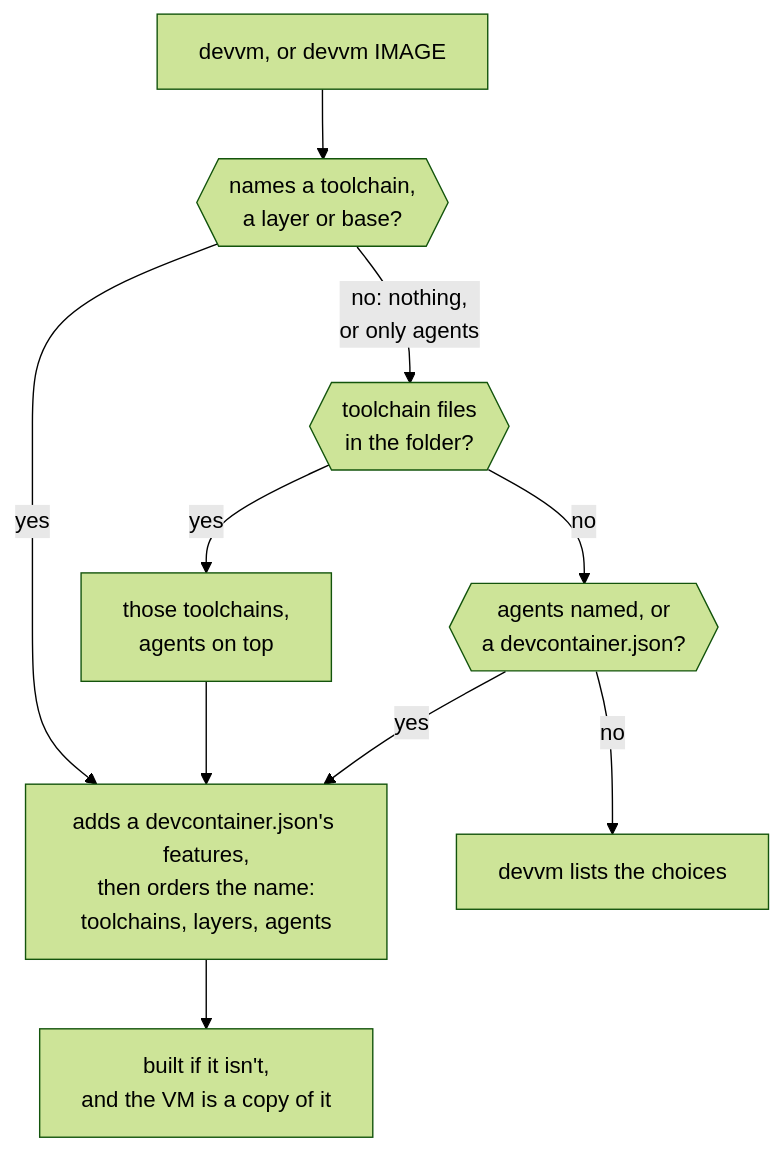
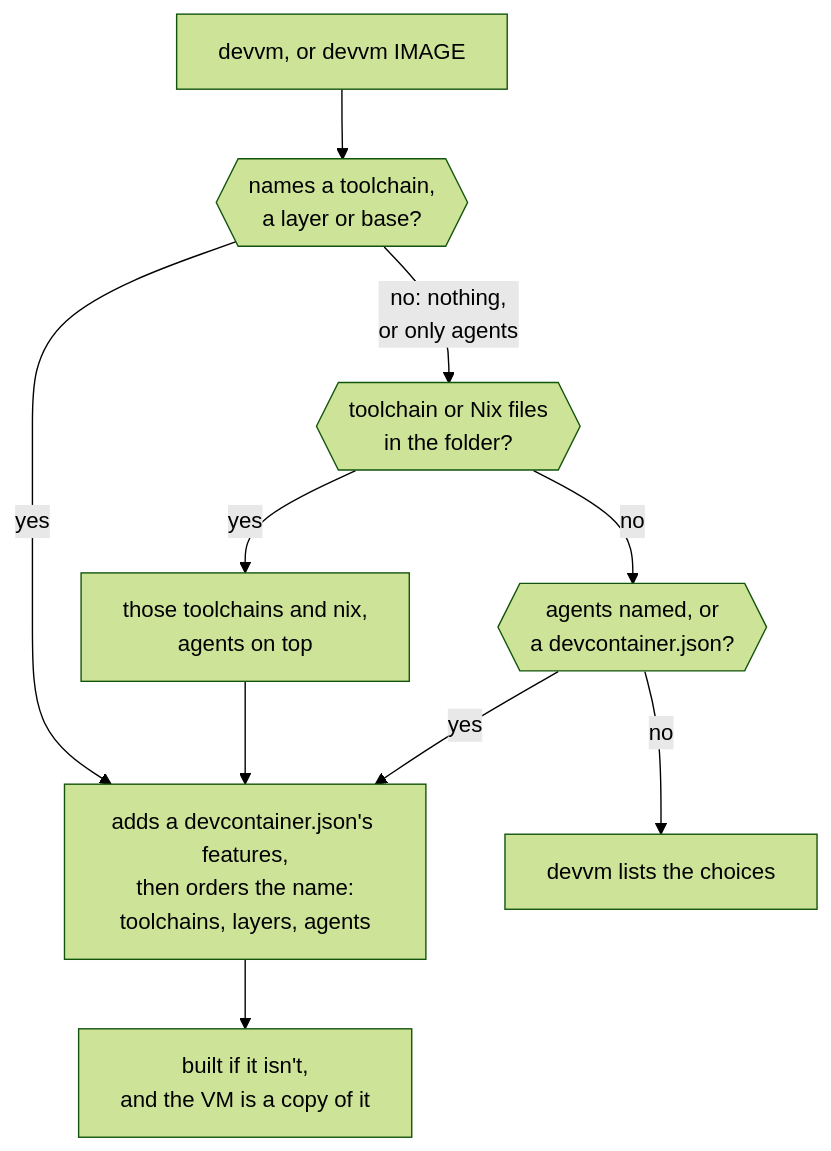
The second of 2 diagrams in docs/content/docs/using/images.md (DustyPolk/devvm), drawn with Mermaid (forest theme) before and after one commit. The commit also changed other lines of this file and 38 other files, not shown here.

````diff
--- a/docs/content/docs/using/images.md
+++ b/docs/content/docs/using/images.md
@@ -69,12 +77,12 @@
 ```mermaid
 flowchart TD
   run["devvm, or devvm IMAGE"] --> named{{"names a toolchain,<br>a layer or base?"}}
   named -- "yes" --> order
-  named -- "no: nothing,<br>or only agents" --> detect{{"toolchain files<br>in the folder?"}}
-  detect -- "yes" --> found["those toolchains,<br>agents on top"] --> order
+  named -- "no: nothing,<br>or only agents" --> detect{{"toolchain or Nix files<br>in the folder?"}}
+  detect -- "yes" --> found["those toolchains and nix,<br>agents on top"] --> order
   detect -- "no" --> other{{"agents named, or<br>a devcontainer.json?"}}
   other -- "yes" --> order
   other -- "no" --> list["devvm lists the choices"]
   order["adds a devcontainer.json's features,<br>then orders the name:<br>toolchains, layers, agents"]
   order --> copy["built if it isn't,<br>and the VM is a copy of it"]
 ```
````
